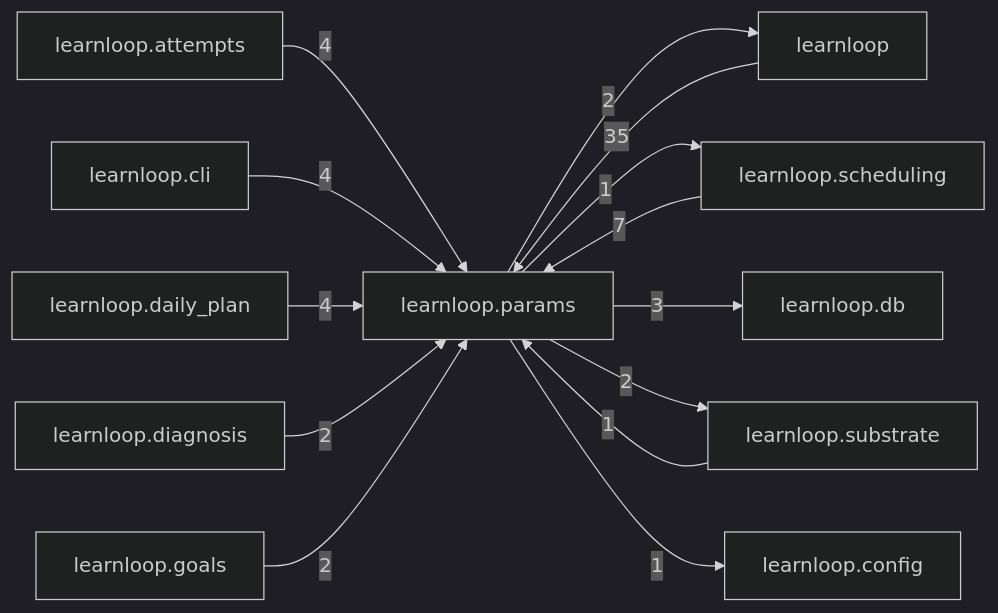
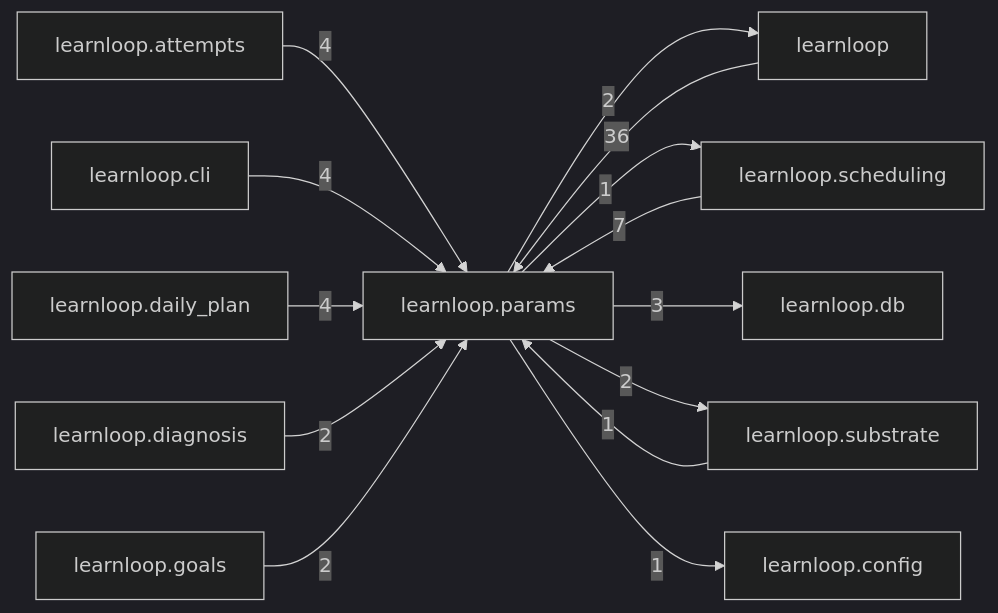
One commit to 6up-b/learnanything changed the diagram in docs/learnloop-architecture-vault/Reference/Modules/learnloop/params/_package.md. Above: the diagram before and after it, drawn with Mermaid (dark theme). The commit also changed other lines of this file and 78 other files, not shown here.

````diff
--- a/docs/learnloop-architecture-vault/Reference/Modules/learnloop/params/_package.md
+++ b/docs/learnloop-architecture-vault/Reference/Modules/learnloop/params/_package.md
@@ -90,27 +90,27 @@
 ```mermaid
 flowchart LR
     center["learnloop.params"]
     n_learnloop["learnloop"]
     n_learnloop_scheduling["learnloop.scheduling"]
     n_learnloop_attempts["learnloop.attempts"]
     n_learnloop_cli["learnloop.cli"]
     n_learnloop_daily_plan["learnloop.daily_plan"]
     n_learnloop_db["learnloop.db"]
     n_learnloop_substrate["learnloop.substrate"]
     n_learnloop_diagnosis["learnloop.diagnosis"]
     n_learnloop_goals["learnloop.goals"]
     n_learnloop_config["learnloop.config"]
-    n_learnloop -->|35| center
+    n_learnloop -->|36| center
     center -->|2| n_learnloop
     n_learnloop_scheduling -->|7| center
     center -->|1| n_learnloop_scheduling
     n_learnloop_attempts -->|4| center
     n_learnloop_cli -->|4| center
     n_learnloop_daily_plan -->|4| center
     center -->|3| n_learnloop_db
     n_learnloop_substrate -->|1| center
     center -->|2| n_learnloop_substrate
     n_learnloop_diagnosis -->|2| center
     n_learnloop_goals -->|2| center
     center -->|1| n_learnloop_config
 ```
````
